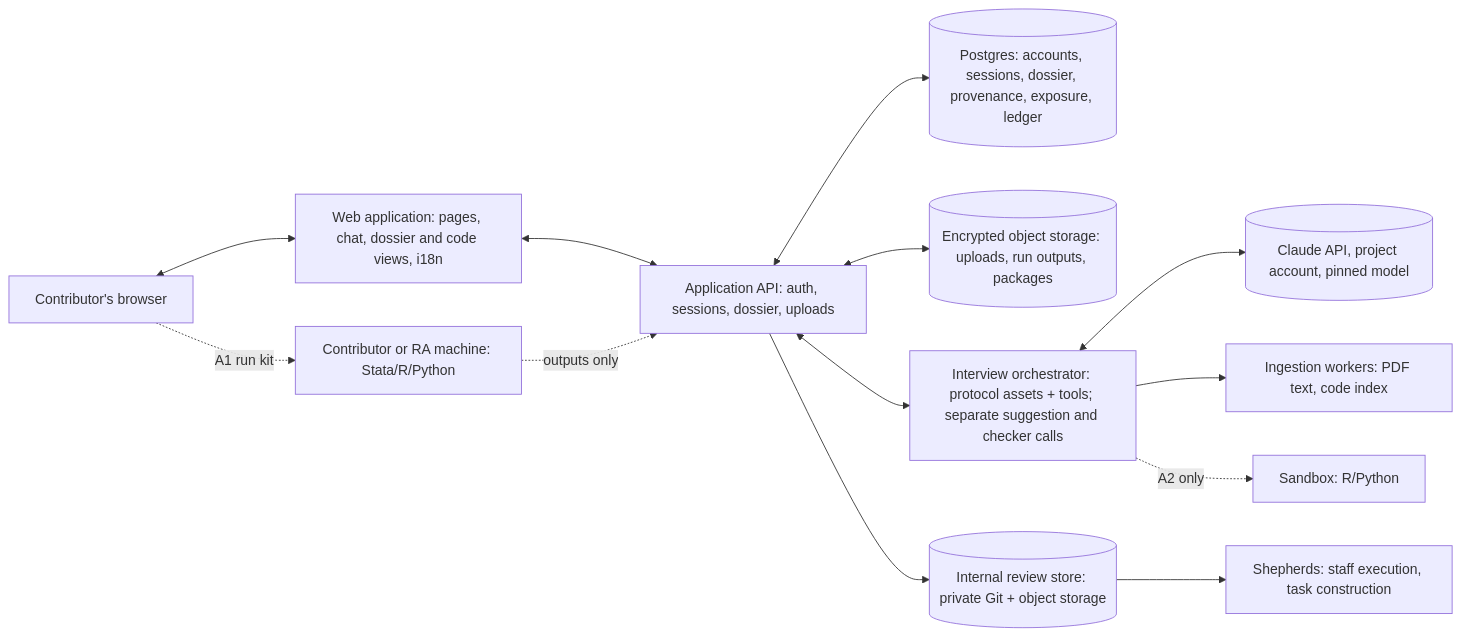
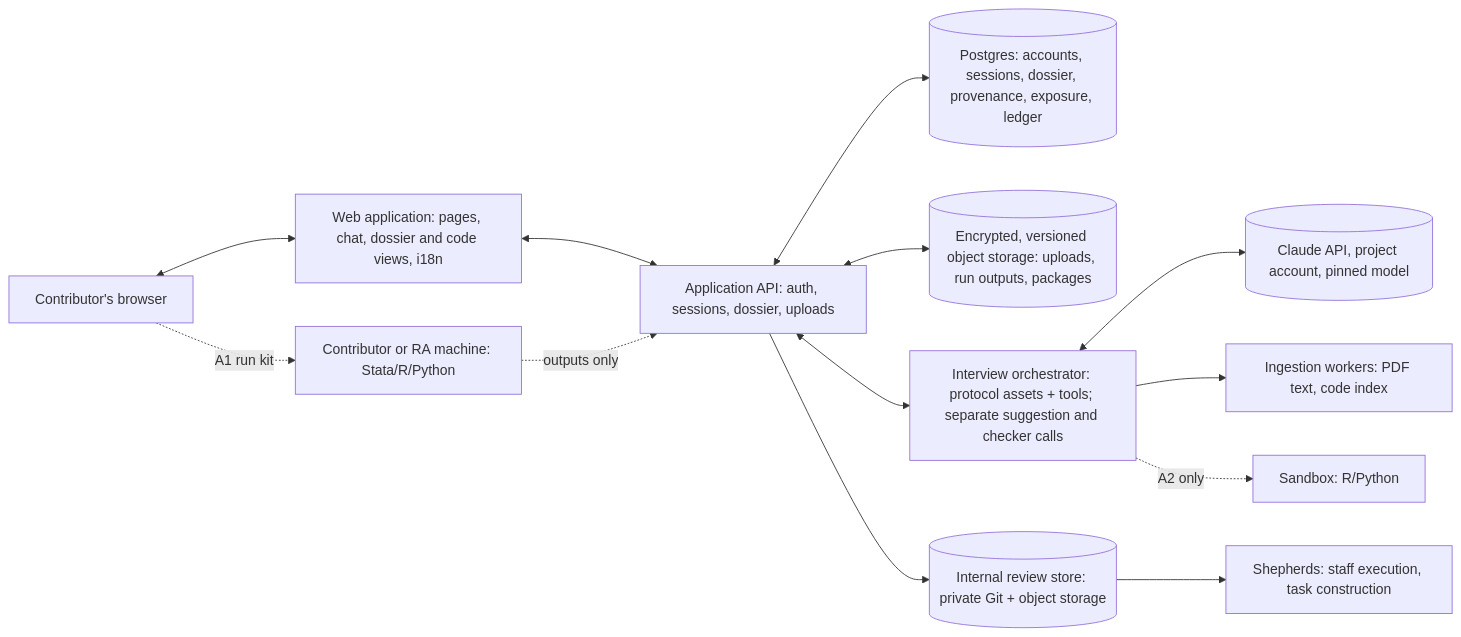
Before and after one commit to Sellyew/Deepecon-Contributtor-Guide-UI: the diagram in docs/architecture/option-a-hosted-platform.md, drawn with Mermaid. The commit also changed other lines of this file and 8 other files, not shown here.

First line of the commit message:
Rebalance the architecture comparison and costs after fairness reviews

````diff
--- a/docs/architecture/option-a-hosted-platform.md
+++ b/docs/architecture/option-a-hosted-platform.md
@@ -56,15 +59,15 @@
 ```mermaid
 flowchart LR
   B[Contributor's browser] <--> W[Web application: pages, chat, dossier and code views, i18n]
   W <--> API[Application API: auth, sessions, dossier, uploads]
   API <--> DB[(Postgres: accounts, sessions, dossier, provenance, exposure, ledger)]
-  API <--> OS[(Encrypted object storage: uploads, run outputs, packages)]
+  API <--> OS[(Encrypted, versioned object storage: uploads, run outputs, packages)]
   API <--> ORC[Interview orchestrator: protocol assets + tools; separate suggestion and checker calls]
   ORC <--> LLM[(Claude API, project account, pinned model)]
   ORC --> IDX[Ingestion workers: PDF text, code index]
   ORC -. A2 only .-> SB[Sandbox: R/Python]
   B -. A1 run kit .-> LOC[Contributor or RA machine: Stata/R/Python]
   LOC -. outputs only .-> API
   API --> IR[(Internal review store: private Git + object storage)]
   IR --> SH[Shepherds: staff execution, task construction]
 ```
````
